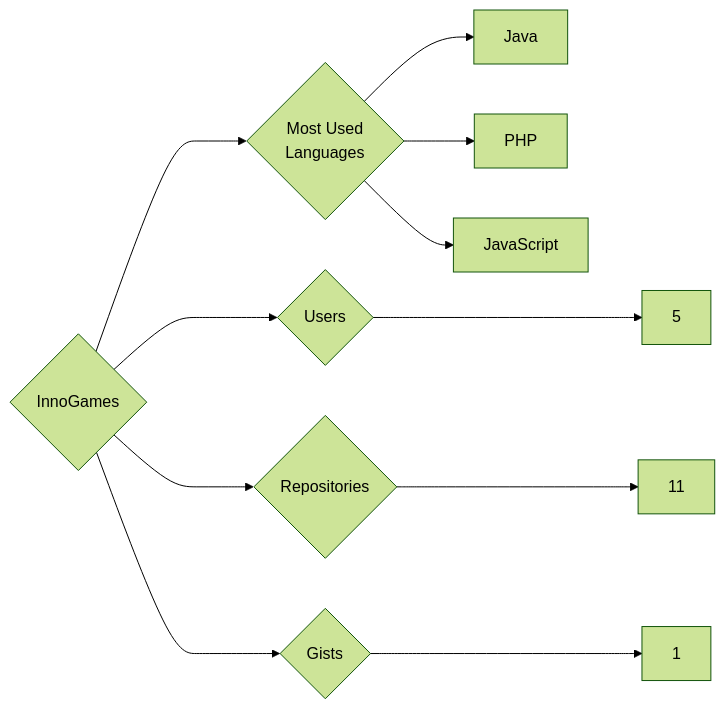
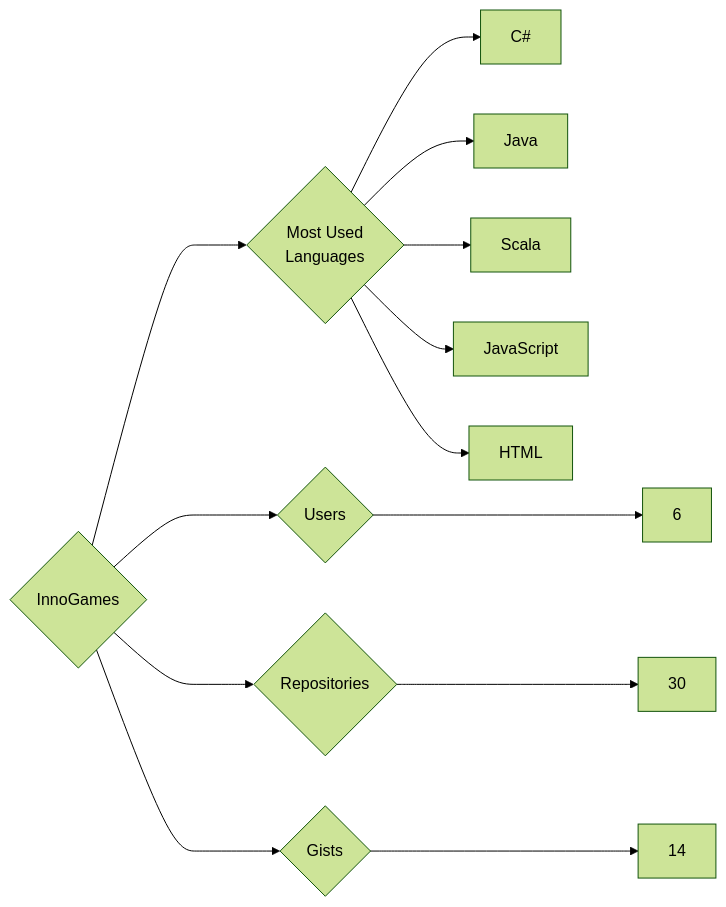
The diagram in targets/InnoGames/README.md (trickest/insiders), drawn with Mermaid (forest theme) before and after one commit. The commit also changed 1166 other files, not shown here.

````diff
--- a/targets/InnoGames/README.md
+++ b/targets/InnoGames/README.md
@@ -3,11 +3,13 @@
 ```mermaid
 graph LR
 COMPANY_NAME{InnoGames}
-COMPANY_NAME ---> U{Users} ---> UN[5]
-COMPANY_NAME ---> R{Repositories} ---> RN[11]
-COMPANY_NAME ---> G{Gists} ---> GN[1]
+COMPANY_NAME ---> U{Users} ---> UN[6]
+COMPANY_NAME ---> R{Repositories} ---> RN[30]
+COMPANY_NAME ---> G{Gists} ---> GN[14]
 COMPANY_NAME ---> ML{Most Used<br>Languages}
+ML --> C#[C#]
 ML --> Java[Java]
-ML --> PHP[PHP]
+ML --> Scala[Scala]
 ML --> JavaScript[JavaScript]
+ML --> HTML[HTML]
 ```
````
